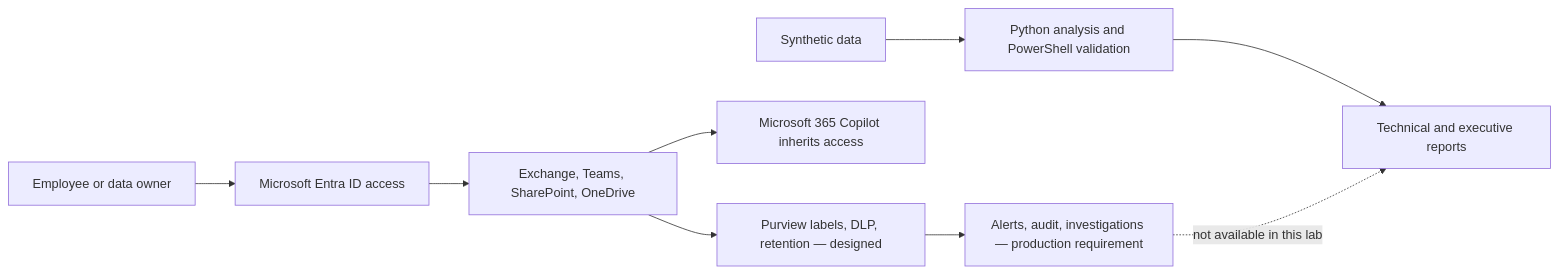
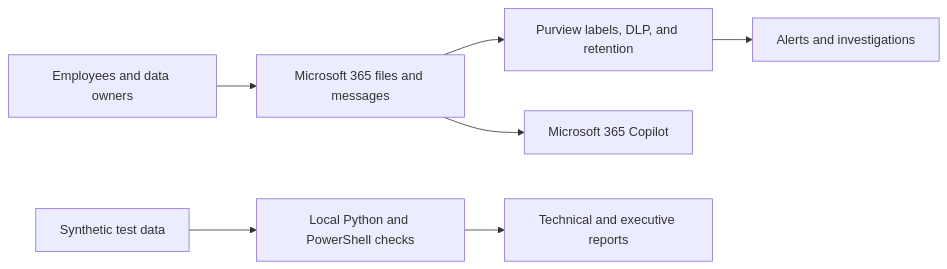
Before and after one commit to RyanMFurman/microsoft-purview-data-security-lab: the diagram in README.md, drawn with Mermaid. The commit also changed other lines of this file, not shown here.

Commit message:
Simplify Purview portfolio README

````diff
--- a/README.md
+++ b/README.md
@@ -35,11 +61,9 @@
 ```mermaid
 flowchart LR
-    User["Employee or data owner"] --> Identity["Microsoft Entra ID access"]
-    Identity --> M365["Exchange, Teams, SharePoint, OneDrive"]
-    M365 --> Controls["Purview labels, DLP, retention — designed"]
-    M365 --> Copilot["Microsoft 365 Copilot inherits access"]
-    Controls --> Signals["Alerts, audit, investigations — production requirement"]
-    Synthetic["Synthetic data"] --> Local["Python analysis and PowerShell validation"]
-    Local --> Reports["Technical and executive reports"]
-    Signals -. "not available in this lab" .-> Reports
+    People["Employees and data owners"] --> M365["Microsoft 365 files and messages"]
+    M365 --> Protect["Purview labels, DLP, and retention"]
+    M365 --> Copilot["Microsoft 365 Copilot"]
+    Protect --> Review["Alerts and investigations"]
+    TestData["Synthetic test data"] --> Automation["Local Python and PowerShell checks"]
+    Automation --> Reports["Technical and executive reports"]
 ```
````
